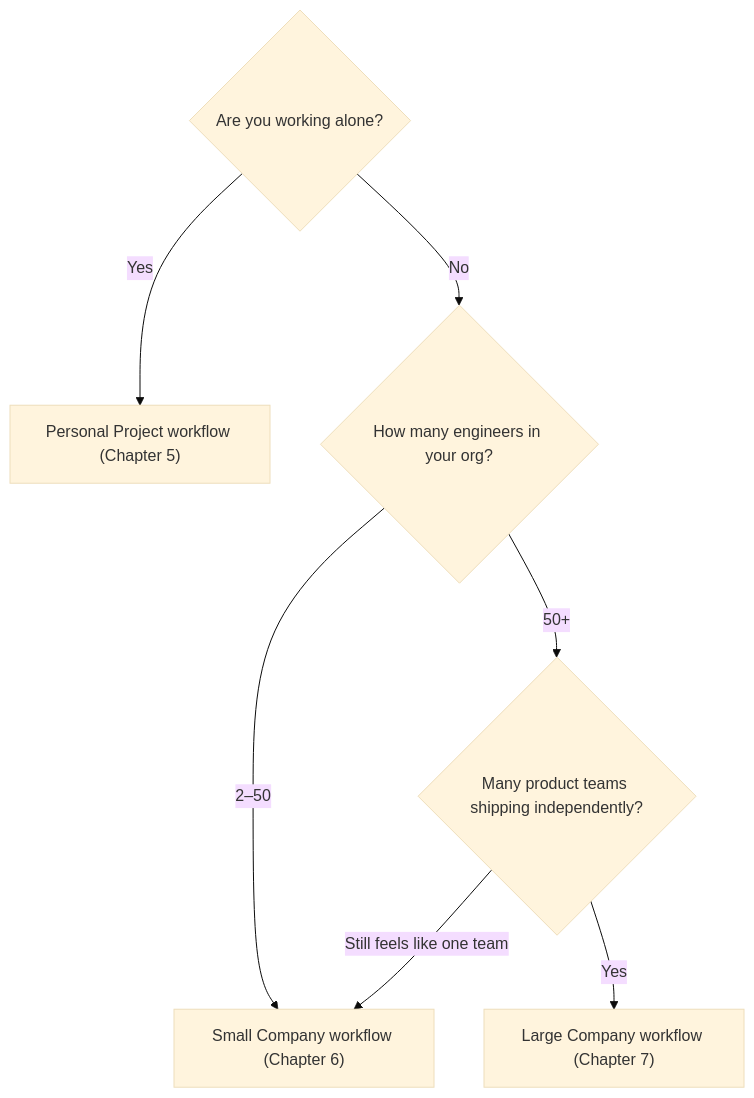
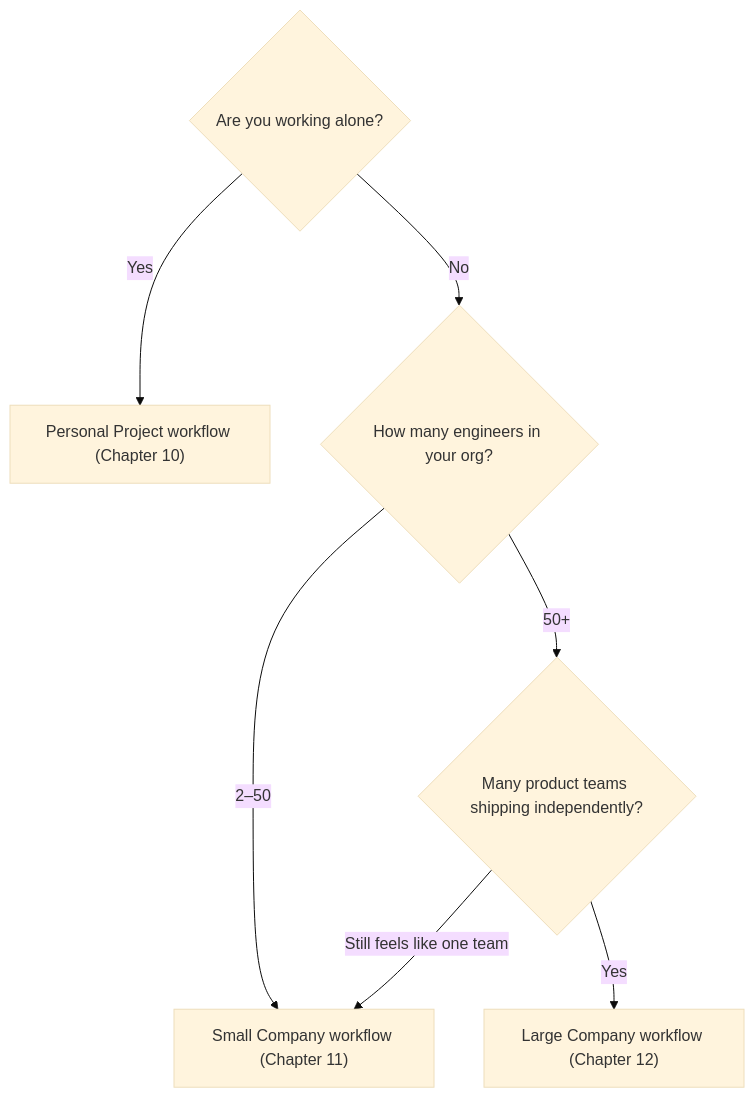
The diagram in docs/08-comparison/index.md (tonyx1998/modern-web-dev-guide), drawn with Mermaid (base theme) before and after one commit. The commit also changed other lines of this file and 116 other files, not shown here.

````diff
--- a/docs/08-comparison/index.md
+++ b/docs/08-comparison/index.md
@@ -41,10 +41,10 @@
 ```mermaid
 flowchart TD
     Start{"Are you working alone?"}
-    Start -->|Yes| Solo["Personal Project workflow (Chapter 5)"]
+    Start -->|Yes| Solo["Personal Project workflow (Chapter 10)"]
     Start -->|No| Size{"How many engineers in your org?"}
-    Size -->|2–50| Startup["Small Company workflow (Chapter 6)"]
+    Size -->|2–50| Startup["Small Company workflow (Chapter 11)"]
     Size -->|50+| Q2{"Many product teams shipping independently?"}
-    Q2 -->|Yes| Ent["Large Company workflow (Chapter 7)"]
+    Q2 -->|Yes| Ent["Large Company workflow (Chapter 12)"]
     Q2 -->|Still feels like one team| Startup
 ```
````
